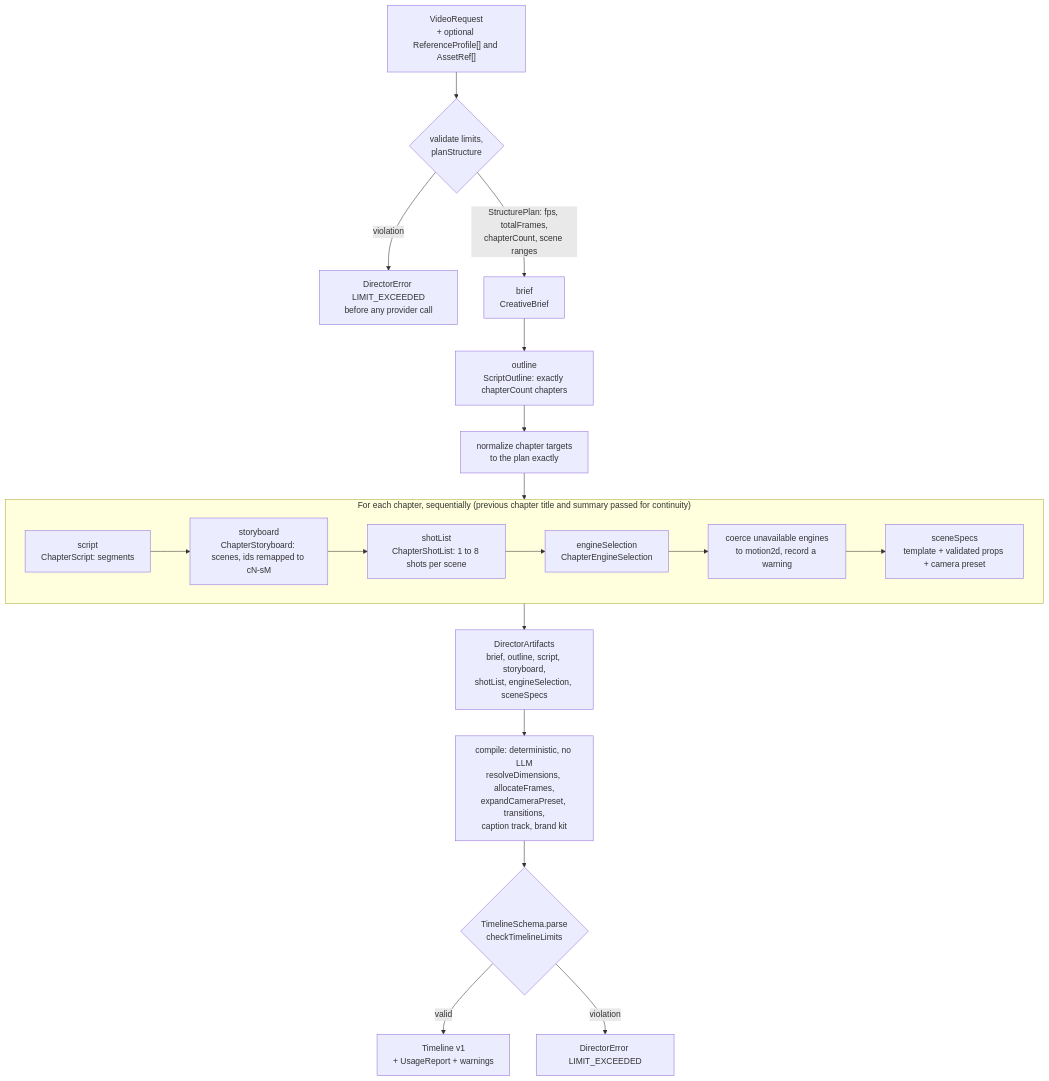
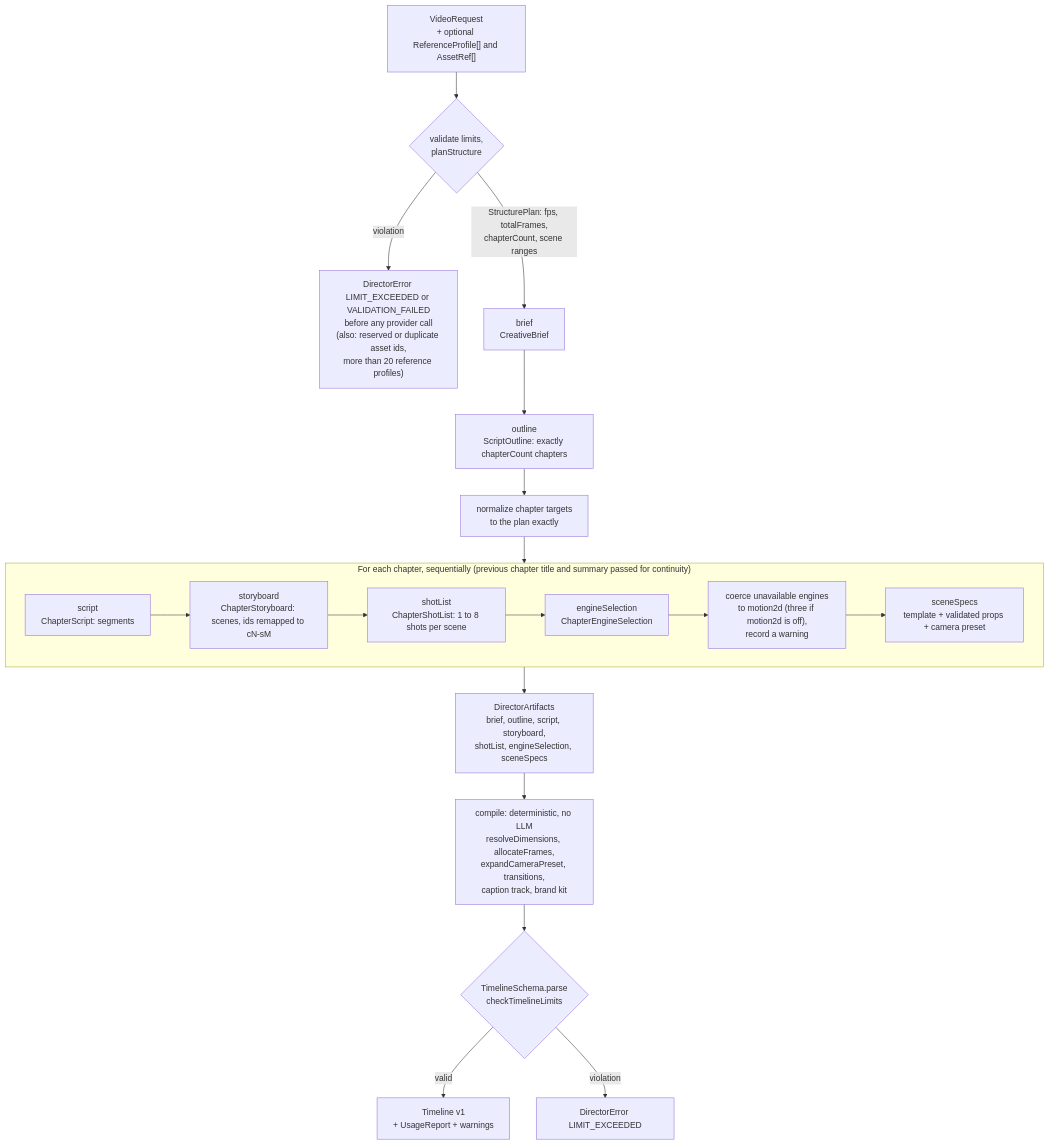
Before and after one commit to Gokulraj002/Video-Creation: the fourth of 7 diagrams in docs/ARCHITECTURE.md, drawn with Mermaid. The commit also changed other lines of this file and 4 other files, not shown here.

````diff
--- a/docs/ARCHITECTURE.md
+++ b/docs/ARCHITECTURE.md
@@ -266,23 +276,23 @@
 ```mermaid
 flowchart TD
   req["VideoRequest<br/>+ optional ReferenceProfile[] and AssetRef[]"] --> lim{"validate limits,<br/>planStructure"}
-  lim -->|"violation"| ex1["DirectorError LIMIT_EXCEEDED<br/>before any provider call"]
+  lim -->|"violation"| ex1["DirectorError LIMIT_EXCEEDED or VALIDATION_FAILED<br/>before any provider call<br/>(also: reserved or duplicate asset ids,<br/>more than 20 reference profiles)"]
   lim -->|"StructurePlan: fps, totalFrames,<br/>chapterCount, scene ranges"| brief["brief<br/>CreativeBrief"]
   brief --> outline["outline<br/>ScriptOutline: exactly chapterCount chapters"]
   outline --> norm["normalize chapter targets<br/>to the plan exactly"]
   norm --> chapters
 
   subgraph chapters["For each chapter, sequentially (previous chapter title and summary passed for continuity)"]
     script["script<br/>ChapterScript: segments"] --> board["storyboard<br/>ChapterStoryboard: scenes, ids remapped to cN-sM"]
     board --> shots["shotList<br/>ChapterShotList: 1 to 8 shots per scene"]
     shots --> engines["engineSelection<br/>ChapterEngineSelection"]
-    engines --> coerce["coerce unavailable engines<br/>to motion2d, record a warning"]
+    engines --> coerce["coerce unavailable engines<br/>to motion2d (three if motion2d is off),<br/>record a warning"]
     coerce --> specs["sceneSpecs<br/>template + validated props + camera preset"]
   end
 
   chapters --> artifacts["DirectorArtifacts<br/>brief, outline, script, storyboard,<br/>shotList, engineSelection, sceneSpecs"]
   artifacts --> compile["compile: deterministic, no LLM<br/>resolveDimensions, allocateFrames,<br/>expandCameraPreset, transitions,<br/>caption track, brand kit"]
   compile --> check{"TimelineSchema.parse<br/>checkTimelineLimits"}
   check -->|"valid"| out["Timeline v1<br/>+ UsageReport + warnings"]
   check -->|"violation"| ex2["DirectorError LIMIT_EXCEEDED"]
 ```
````
